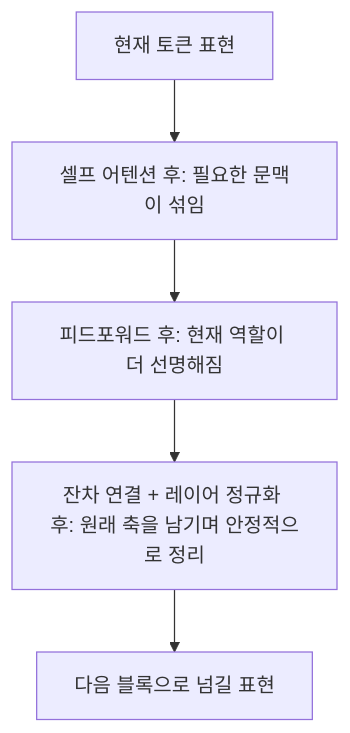
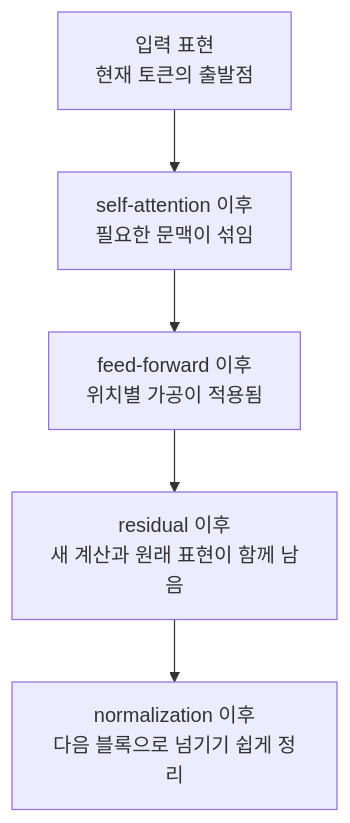
The diagram in docs/assets/part-05/chapter-14/transformer-representation-update-ko.mmd (devchan64/AiBook), drawn with Mermaid before and after one commit. The commit also changed 71 other files, not shown here.

Commit message:
Revise part 5 transformer and translation flow

```diff
--- a/docs/assets/part-05/chapter-14/transformer-representation-update-ko.mmd
+++ b/docs/assets/part-05/chapter-14/transformer-representation-update-ko.mmd
@@ -1,11 +1,11 @@
 flowchart TD
-  A["현재 토큰 표현"]
-  B["셀프 어텐션 후: 필요한 문맥이 섞임"]
-  C["피드포워드 후: 현재 역할이 더 선명해짐"]
-  D["잔차 연결 + 레이어 정규화 후: 원래 축을 남기며 안정적으로 정리"]
-  E["다음 블록으로 넘길 표현"]
+  A["입력 표현<br/>현재 토큰의 출발점"]
+  B["self-attention 이후<br/>필요한 문맥이 섞임"]
+  C["feed-forward 이후<br/>위치별 가공이 적용됨"]
+  D["residual 이후<br/>새 계산과 원래 표현이 함께 남음"]
+  E["normalization 이후<br/>다음 블록으로 넘기기 쉽게 정리"]
 
   A --> B
   B --> C
   C --> D
   D --> E
```
